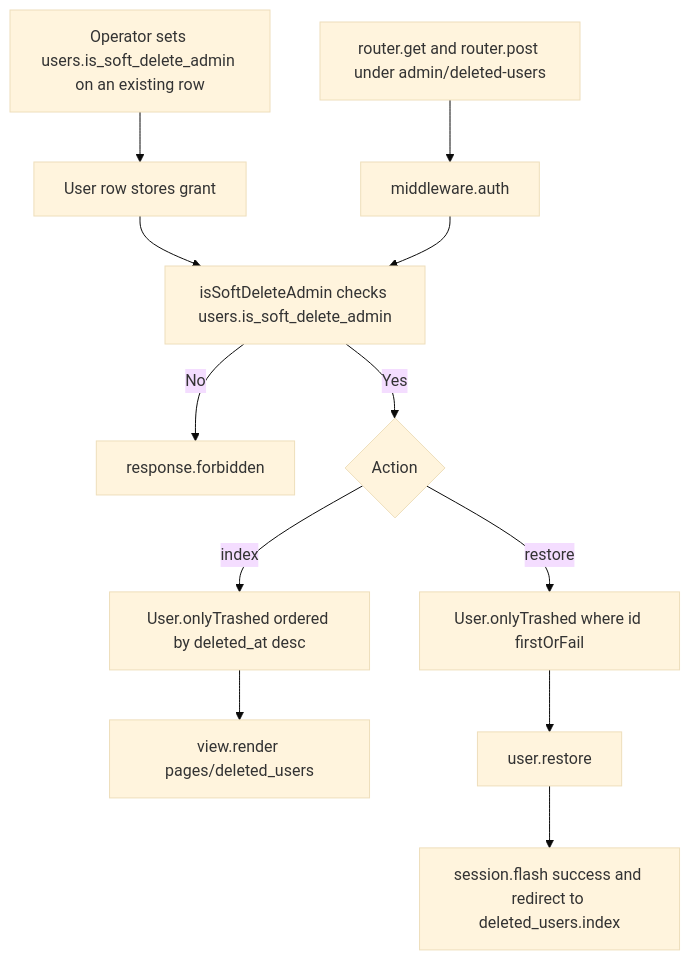
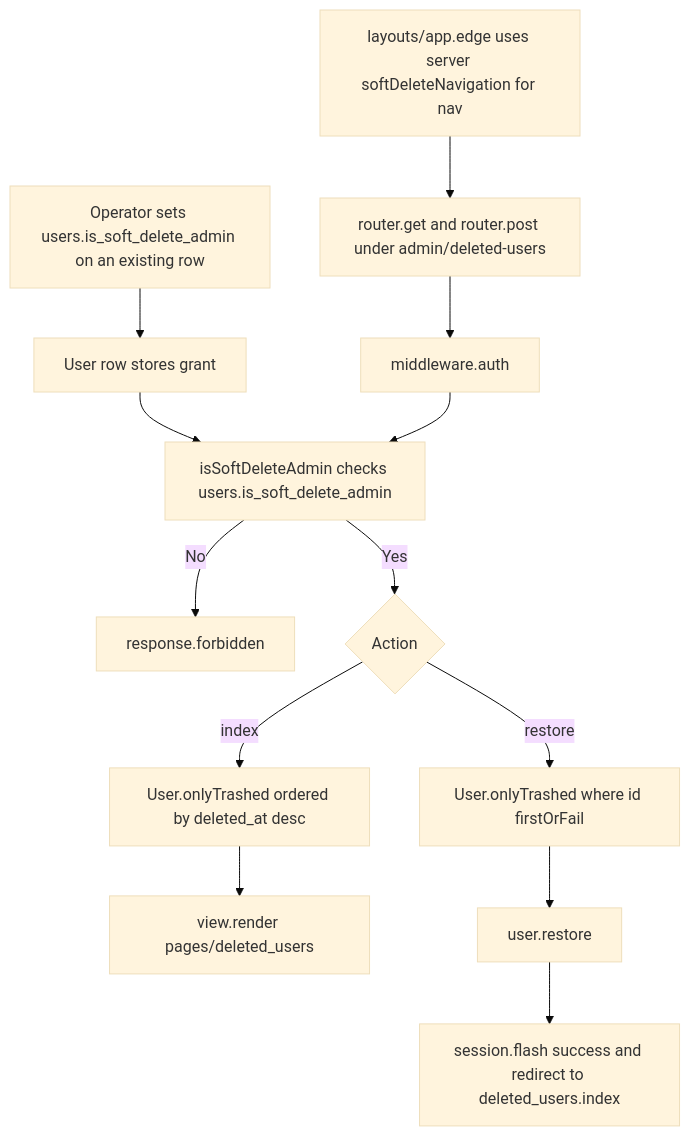
One commit to Kevinjohn/oss-adonisjs-lucid-soft-delete changed the second of 2 diagrams in user-stories/example-apps/us-demo-04-hypermedia-admin-restore.md. Above: the diagram before and after it, drawn with Mermaid (base theme). The commit also changed other lines of this file and 15 other files, not shown here.

````diff
--- a/user-stories/example-apps/us-demo-04-hypermedia-admin-restore.md
+++ b/user-stories/example-apps/us-demo-04-hypermedia-admin-restore.md
@@ -38,14 +39,15 @@
 ```mermaid
 flowchart TD
     P["Operator sets users.is_soft_delete_admin on an existing row"] --> Q["User row stores grant"]
     Q --> C
+    N["layouts/app.edge uses server softDeleteNavigation for nav"] --> A
     A["router.get and router.post under admin/deleted-users"] --> B["middleware.auth"]
     B --> C["isSoftDeleteAdmin checks users.is_soft_delete_admin"]
     C -->|No| D["response.forbidden"]
     C -->|Yes| E{"Action"}
     E -->|index| F["User.onlyTrashed ordered by deleted_at desc"]
     F --> G["view.render pages/deleted_users"]
     E -->|restore| H["User.onlyTrashed where id firstOrFail"]
     H --> I["user.restore"]
     I --> J["session.flash success and redirect to deleted_users.index"]
 ```
````
